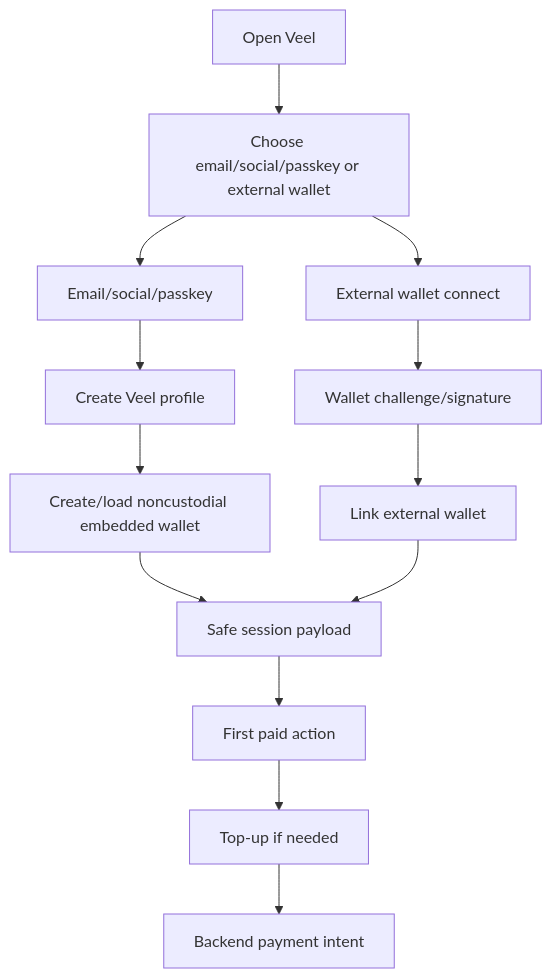
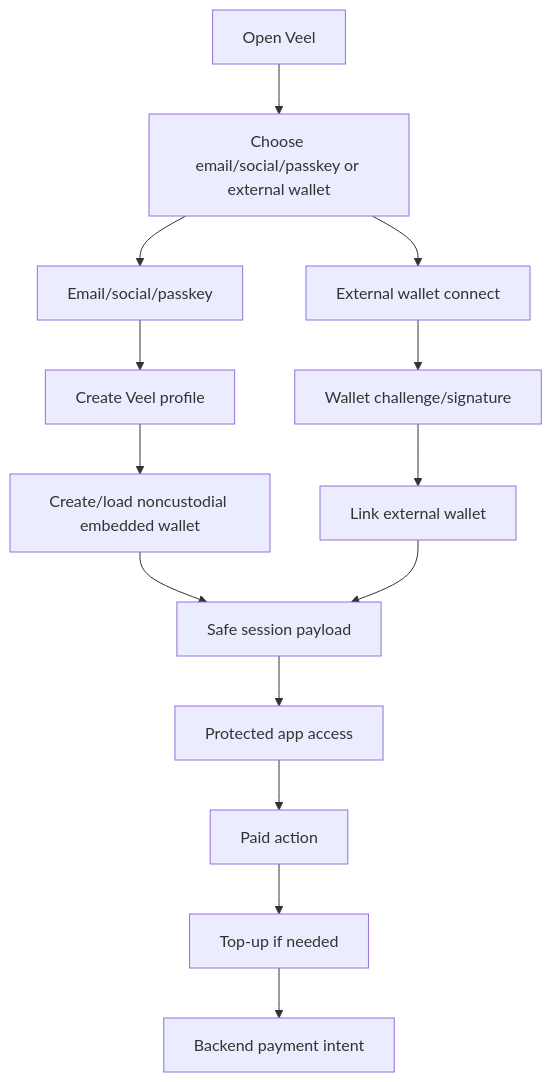
One commit to mariospeterman/VEEL-v2 changed the second of 6 diagrams in docs/v2-new-build/product-flows.md. Above: the diagram before and after it, drawn with Mermaid. The commit also changed other lines of this file and 13 other files, not shown here.

````diff
--- a/docs/v2-new-build/product-flows.md
+++ b/docs/v2-new-build/product-flows.md
@@ -51,15 +52,16 @@
 ```mermaid
 flowchart TD
   Entry["Open Veel"] --> AuthChoice["Choose email/social/passkey or external wallet"]
   AuthChoice --> Mainstream["Email/social/passkey"]
   AuthChoice --> Native["External wallet connect"]
   Mainstream --> Profile["Create Veel profile"]
   Profile --> Embedded["Create/load noncustodial embedded wallet"]
   Native --> Challenge["Wallet challenge/signature"]
   Challenge --> Link["Link external wallet"]
   Embedded --> Session["Safe session payload"]
   Link --> Session
-  Session --> Paywall["First paid action"]
+  Session --> AppAccess["Protected app access"]
+  AppAccess --> Paywall["Paid action"]
   Paywall --> Topup["Top-up if needed"]
   Topup --> Intent["Backend payment intent"]
 ```
````
